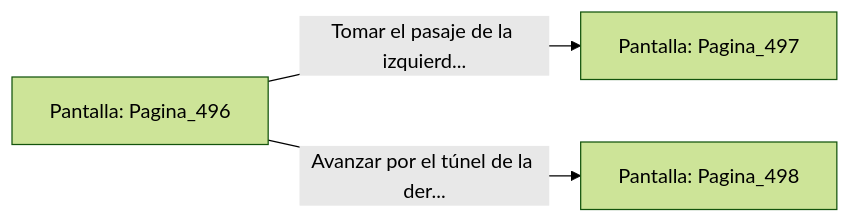
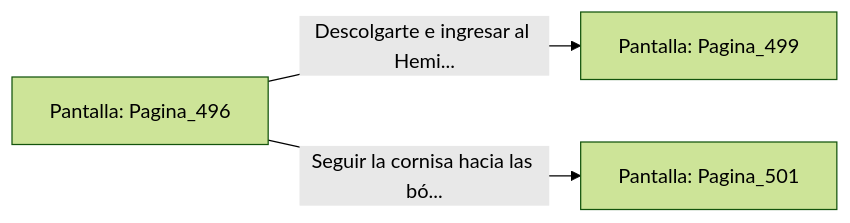
One commit to metsuke/mpl changed the diagram in sample/eligejuego-vault/Pantalla_Pagina_496.md. Above: the diagram before and after it, drawn with Mermaid (forest theme). The commit also changed other lines of this file and 635 other files, not shown here.

First line of the commit message:
fix: añadir Pagina_1 como pantalla inicial en capitulo_01.mpl

````diff
--- a/sample/eligejuego-vault/Pantalla_Pagina_496.md
+++ b/sample/eligejuego-vault/Pantalla_Pagina_496.md
@@ -20,6 +22,6 @@
 ```mermaid
 graph LR
     P_Pagina_496["Pantalla: Pagina_496"]
-    P_Pagina_496 -->|"Tomar el pasaje de la izquierd..."| P_Pagina_497["Pantalla: Pagina_497"]
-    P_Pagina_496 -->|"Avanzar por el túnel de la der..."| P_Pagina_498["Pantalla: Pagina_498"]
+    P_Pagina_496 -->|"Descolgarte e ingresar al Hemi..."| P_Pagina_499["Pantalla: Pagina_499"]
+    P_Pagina_496 -->|"Seguir la cornisa hacia las bó..."| P_Pagina_501["Pantalla: Pagina_501"]
 ```
````
